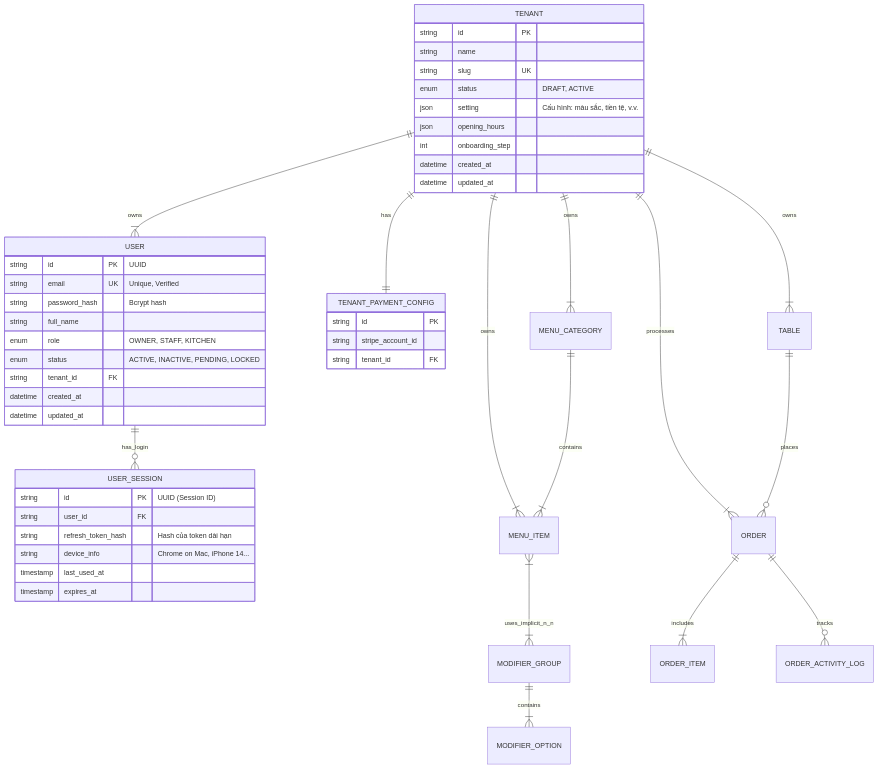
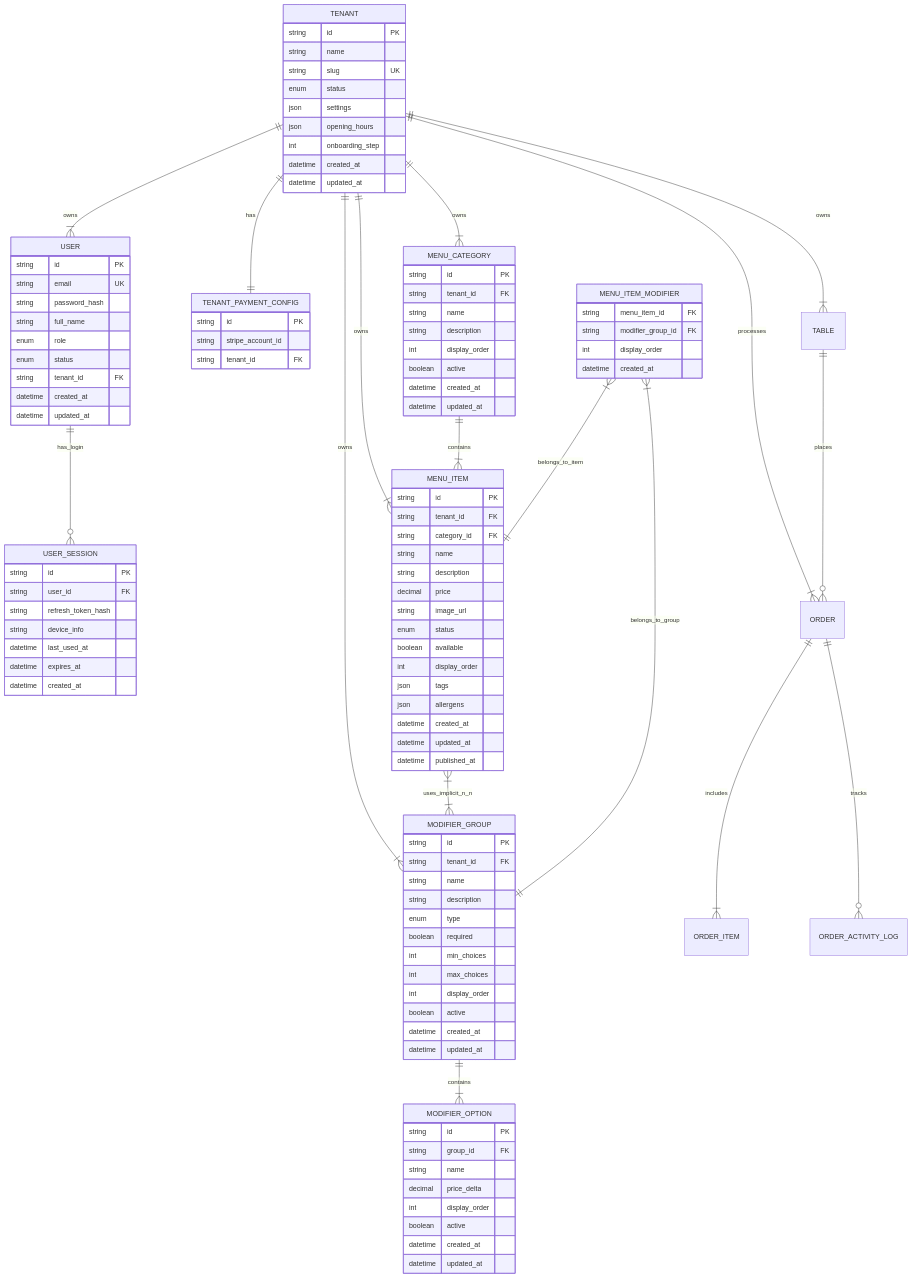
One commit to tkob-team/TKOB_QROrderSystem changed the diagram in docs/backend/database/er_diagram.md. Above: the diagram before and after it, drawn with Mermaid. The commit also changed 37 other files, not shown here.

Commit message:
feat(menu): implement CREATE menu-category

```diff
--- a/docs/backend/database/er_diagram.md
+++ b/docs/backend/database/er_diagram.md
@@ -2,62 +2,125 @@
 erDiagram
     %% --- IDENTITY & AUTH ---
     USER {
-        string id PK "UUID"
-        string email UK "Unique, Verified"
-        string password_hash "Bcrypt hash"
+        string id PK
+        string email UK
+        string password_hash
         string full_name
-        enum role "OWNER, STAFF, KITCHEN"
-        enum status "ACTIVE, INACTIVE, PENDING, LOCKED"
+        enum role
+        enum status
         string tenant_id FK
         datetime created_at
         datetime updated_at
     }
 
-    %% --- SESSION MANAGEMENT ---
     USER_SESSION {
-        string id PK "UUID (Session ID)"
+        string id PK
         string user_id FK
-        string refresh_token_hash "Hash của token dài hạn"
-        string device_info "Chrome on Mac, iPhone 14..."
-        timestamp last_used_at
-        timestamp expires_at
+        string refresh_token_hash
+        string device_info
+        datetime last_used_at
+        datetime expires_at
+        datetime created_at
     }
 
-    %% --- TENANT CONTEXT ---
     TENANT {
         string id PK
         string name
         string slug UK
-        enum status "DRAFT, ACTIVE"
-        json setting "Cấu hình: màu sắc, tiền tệ, v.v."
+        enum status
+        json settings
         json opening_hours
         int onboarding_step
         datetime created_at
         datetime updated_at
     }
 
-    %% --- SECURE PAYMENT ---
     TENANT_PAYMENT_CONFIG {
         string id PK
         string stripe_account_id
         string tenant_id FK
     }
 
+    MENU_CATEGORY {
+        string id PK
+        string tenant_id FK
+        string name
+        string description
+        int display_order
+        boolean active
+        datetime created_at
+        datetime updated_at
+    }
+
+    MENU_ITEM {
+        string id PK
+        string tenant_id FK
+        string category_id FK
+        string name
+        string description
+        decimal price
+        string image_url
+        enum status
+        boolean available
+        int display_order
+        json tags
+        json allergens
+        datetime created_at
+        datetime updated_at
+        datetime published_at
+    }
+
+    MODIFIER_GROUP {
+        string id PK
+        string tenant_id FK
+        string name
+        string description
+        enum type
+        boolean required
+        int min_choices
+        int max_choices
+        int display_order
+        boolean active
+        datetime created_at
+        datetime updated_at
+    }
+
+    MODIFIER_OPTION {
+        string id PK
+        string group_id FK
+        string name
+        decimal price_delta
+        int display_order
+        boolean active
+        datetime created_at
+        datetime updated_at
+    }
+
+    MENU_ITEM_MODIFIER {
+        string menu_item_id FK
+        string modifier_group_id FK
+        int display_order
+        datetime created_at
+    }
+
     %% RELATIONS
     TENANT ||--|{ USER : owns
     TENANT ||--|| TENANT_PAYMENT_CONFIG : has
     USER ||--o{ USER_SESSION : has_login
-    
-    TENANT ||--|{ TABLE : owns
+
     TENANT ||--|{ MENU_CATEGORY : owns
     TENANT ||--|{ MENU_ITEM : owns
-    TENANT ||--|{ ORDER : processes
-
+    TENANT ||--|{ MODIFIER_GROUP : owns
 
     MENU_CATEGORY ||--|{ MENU_ITEM : contains
     MENU_ITEM }|--|{ MODIFIER_GROUP : uses_implicit_n_n
     MODIFIER_GROUP ||--|{ MODIFIER_OPTION : contains
+    MENU_ITEM_MODIFIER }|--|| MENU_ITEM : belongs_to_item
+    MENU_ITEM_MODIFIER }|--|| MODIFIER_GROUP : belongs_to_group
 
+    %% Các bảng khác (ORDER, TABLE, ORDER_ITEM, ORDER_ACTIVITY_LOG...) chưa điền thuộc tính
+    TENANT ||--|{ TABLE : owns
+    TENANT ||--|{ ORDER : processes
     TABLE ||--o{ ORDER : places
     ORDER ||--|{ ORDER_ITEM : includes
     ORDER ||--o{ ORDER_ACTIVITY_LOG : tracks
```
